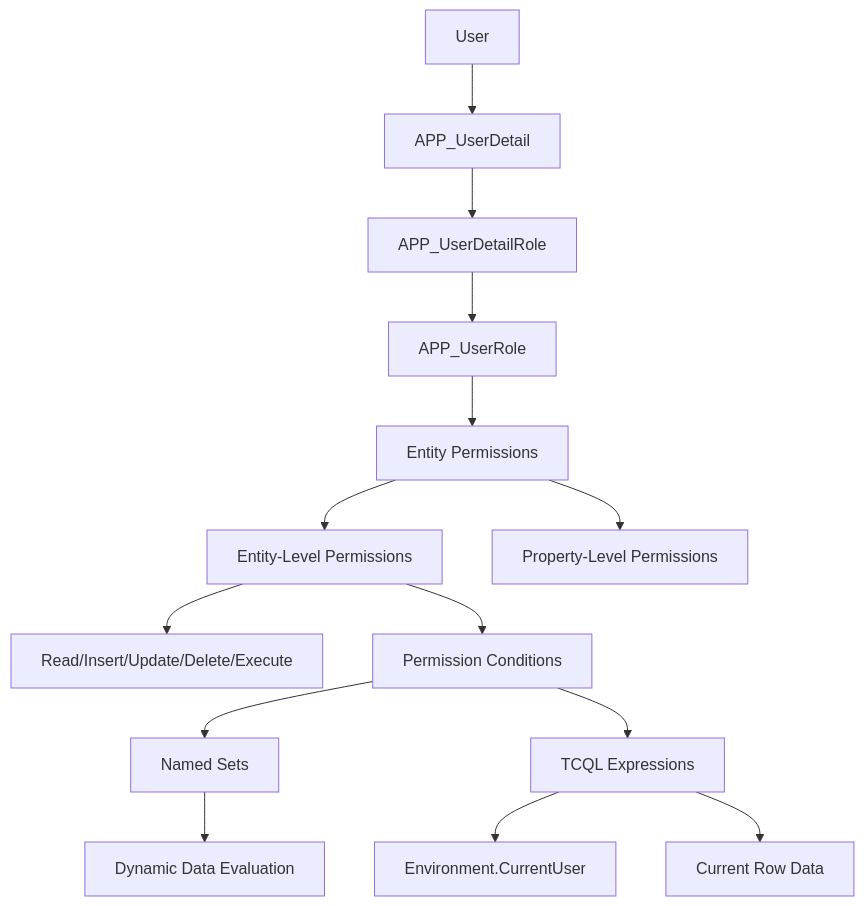
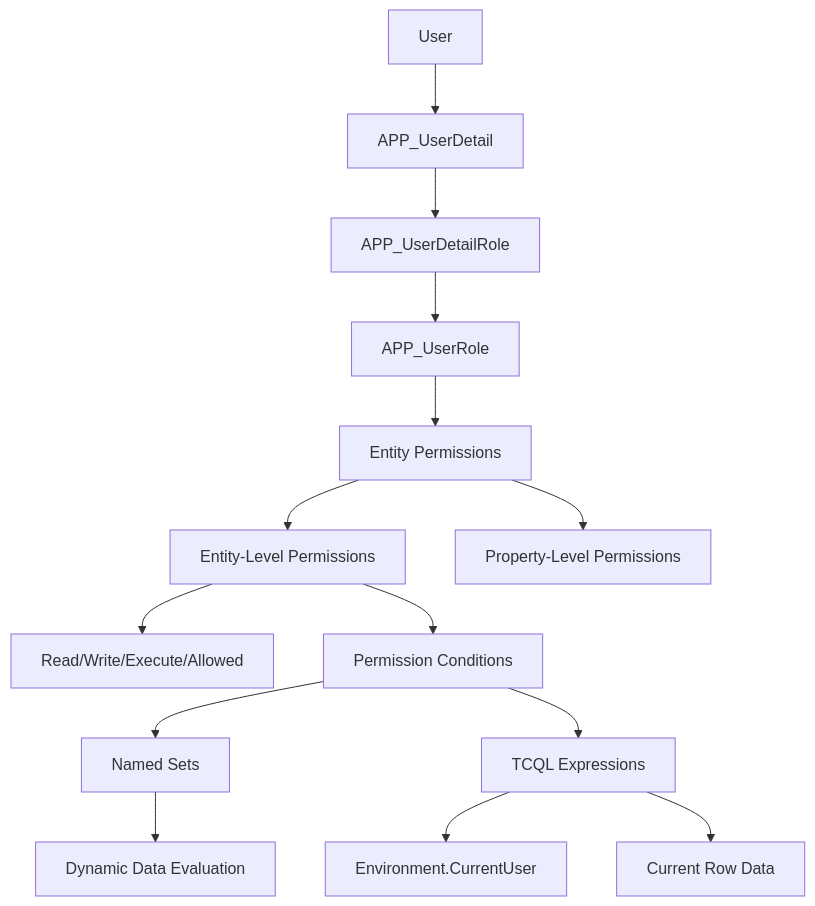
Before and after one commit to software-architects/time-cockpit-documentation: the first of 2 diagrams in doc/data-model/permissions-guide.md, drawn with Mermaid. The commit also changed other lines of this file and 1 other file, not shown here.

Commit message:
Update permissions guide to refine access types and clarify permission definitions

````diff
--- a/doc/data-model/permissions-guide.md
+++ b/doc/data-model/permissions-guide.md
@@ -12,20 +12,20 @@
 ```mermaid
 graph TD
     User[User] --> UserDetail[APP_UserDetail]
     UserDetail --> Roles[APP_UserDetailRole]
     Roles --> Role[APP_UserRole]
     Role --> Permissions[Entity Permissions]
     
     Permissions --> EntityPerm[Entity-Level Permissions]
     Permissions --> PropertyPerm[Property-Level Permissions]
     
-    EntityPerm --> AccessTypes[Read/Insert/Update/Delete/Execute]
+    EntityPerm --> AccessTypes[Read/Write/Execute/Allowed]
     EntityPerm --> Conditions[Permission Conditions]
     
     Conditions --> NamedSets[Named Sets]
     Conditions --> TCQL[TCQL Expressions]
     
     NamedSets --> DynamicData[Dynamic Data Evaluation]
     TCQL --> CurrentUser[Environment.CurrentUser]
     TCQL --> RowData[Current Row Data]
 ```
````
